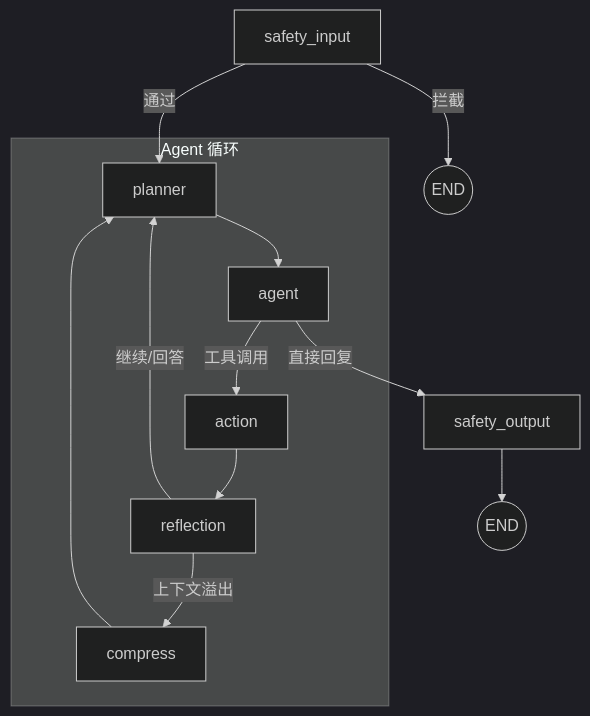
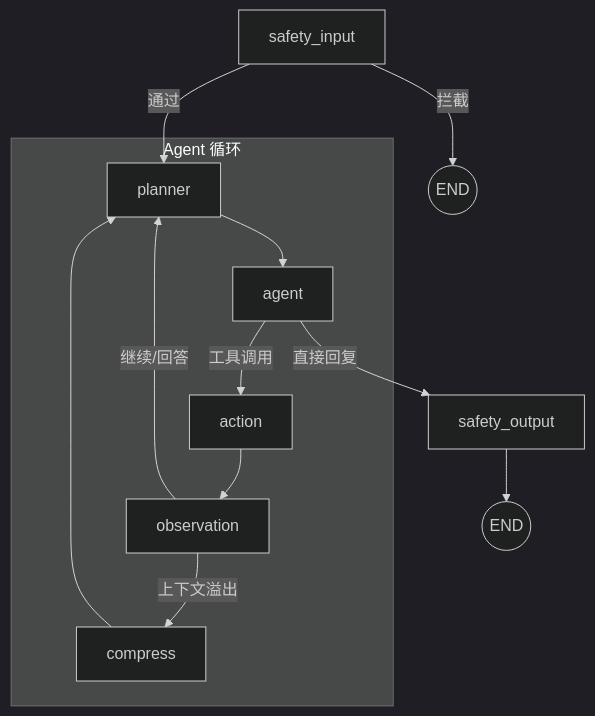
The second of 14 diagrams in README.md (xiao-Huahuo/Agent-Core-Service), drawn with Mermaid (dark theme) before and after one commit. The commit also changed other lines of this file and 14 other files, not shown here.

````diff
--- a/README.md
+++ b/README.md
@@ -189,25 +189,25 @@
 ```mermaid
 flowchart TD
     safety_input["safety_input"]
 
     subgraph loop["Agent 循环"]
         planner["planner"]
         compress["compress"]
         agent["agent"]
         action["action"]
-        reflection["reflection"]
+        observation["observation"]
     end
 
     safety_output["safety_output"]
 
     safety_input -->|"通过"| planner
     safety_input -->|"拦截"| E1((END))
     planner --> agent
     agent -->|"工具调用"| action
     agent -->|"直接回复"| safety_output
-    action --> reflection
-    reflection -->|"继续/回答"| planner
-    reflection -->|"上下文溢出"| compress
+    action --> observation
+    observation -->|"继续/回答"| planner
+    observation -->|"上下文溢出"| compress
     compress --> planner
     safety_output --> E2((END))
 ```
````
